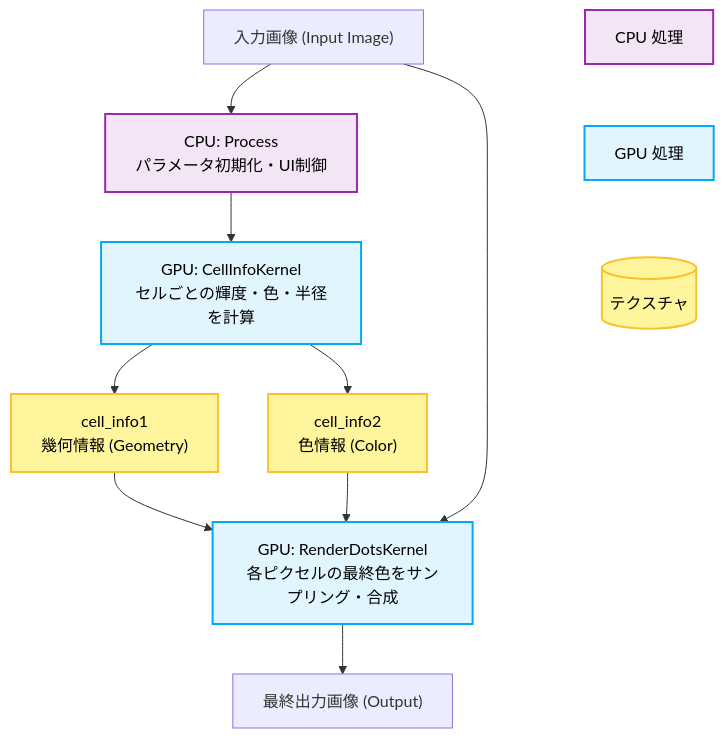
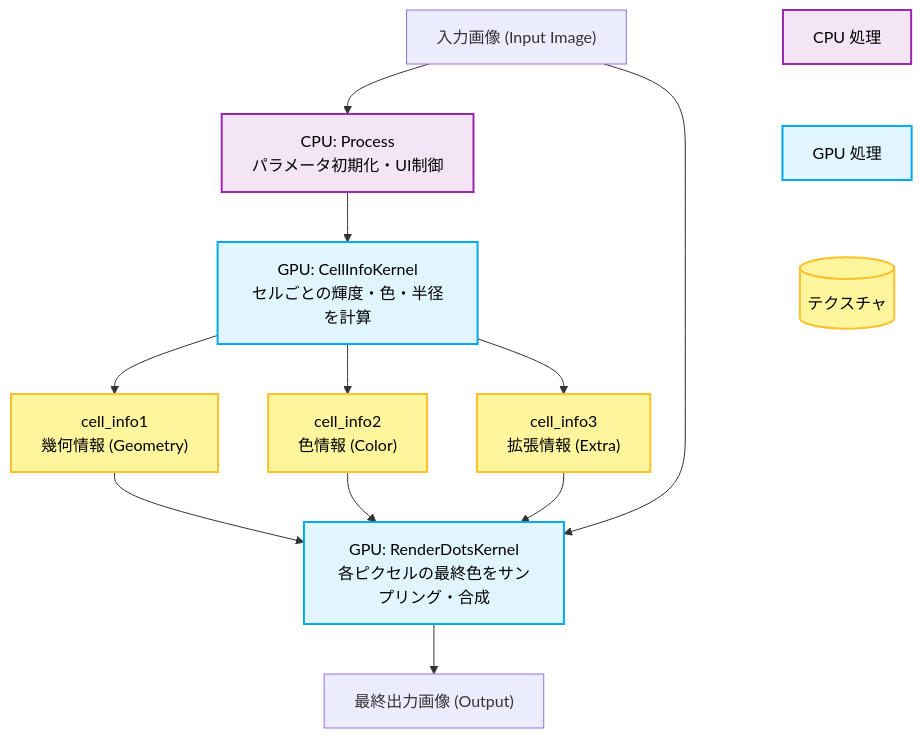
The diagram in docs/MugAdvancedHalftone.md (mug-lab-3/mug-advanced-halftone), drawn with Mermaid before and after one commit. The commit also changed other lines of this file and 5 other files, not shown here.

````diff
--- a/docs/MugAdvancedHalftone.md
+++ b/docs/MugAdvancedHalftone.md
@@ -26,25 +26,27 @@
 ```mermaid
 graph TD
     A["入力画像 (Input Image)"] --> CPU["CPU: Process<br/>パラメータ初期化・UI制御"]
     CPU --> C_K["GPU: CellInfoKernel<br/>セルごとの輝度・色・半径を計算"]
     
     C_K --> B1["cell_info1<br/>幾何情報 (Geometry)"]
     C_K --> B2["cell_info2<br/>色情報 (Color)"]
+    C_K --> B3["cell_info3<br/>拡張情報 (Extra)"]
     
     B1 --> R_K["GPU: RenderDotsKernel<br/>各ピクセルの最終色をサンプリング・合成"]
     B2 --> R_K
+    B3 --> R_K
     A --> R_K
     
     R_K --> Z["最終出力画像 (Output)"]
 
     %% Legend Nodes
     L1[CPU 処理]:::cpuStyle ~~~ L2[GPU 処理]:::gpuStyle ~~~ L3[(テクスチャ)]:::bufStyle
 
     classDef cpuStyle fill:#f3e5f5,stroke:#9c27b0,stroke-width:2px,color:#000000
     classDef gpuStyle fill:#e1f5fe,stroke:#03a9f4,stroke-width:2px,color:#000000
     classDef bufStyle fill:#fff59d,stroke:#fbc02d,stroke-width:2px,color:#000000
 
     class CPU cpuStyle
     class C_K,R_K gpuStyle
-    class B1,B2 bufStyle
+    class B1,B2,B3 bufStyle
 ```
````
